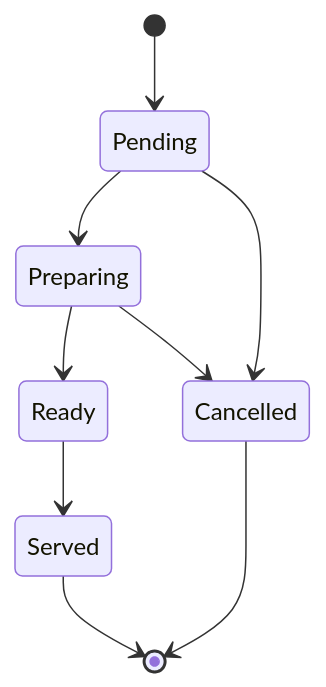
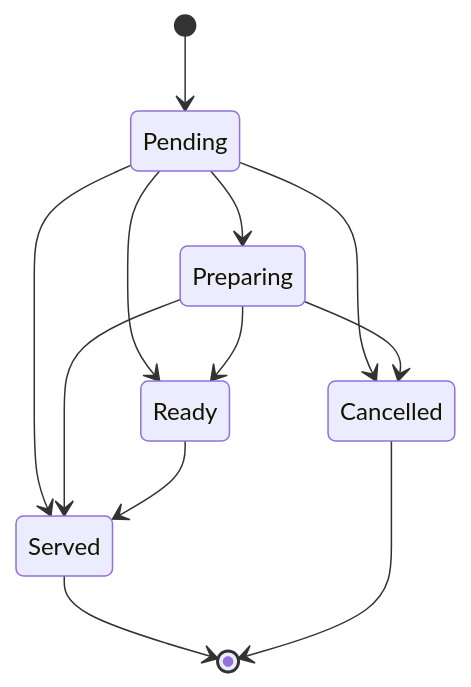
The ninth of 13 diagrams in docs/BA_SA_SYSTEM_DESIGN.md (Anpham120/restaurant-qr-ai-ordering), drawn with Mermaid before and after one commit. The commit also changed other lines of this file and 200 other files, not shown here.

````diff
--- a/docs/BA_SA_SYSTEM_DESIGN.md
+++ b/docs/BA_SA_SYSTEM_DESIGN.md
@@ -244,11 +255,14 @@
 ```mermaid
 stateDiagram-v2
     [*] --> Pending
     Pending --> Preparing
+    Pending --> Ready
+    Pending --> Served
     Preparing --> Ready
+    Preparing --> Served
     Ready --> Served
     Pending --> Cancelled
     Preparing --> Cancelled
     Served --> [*]
     Cancelled --> [*]
 ```
````
